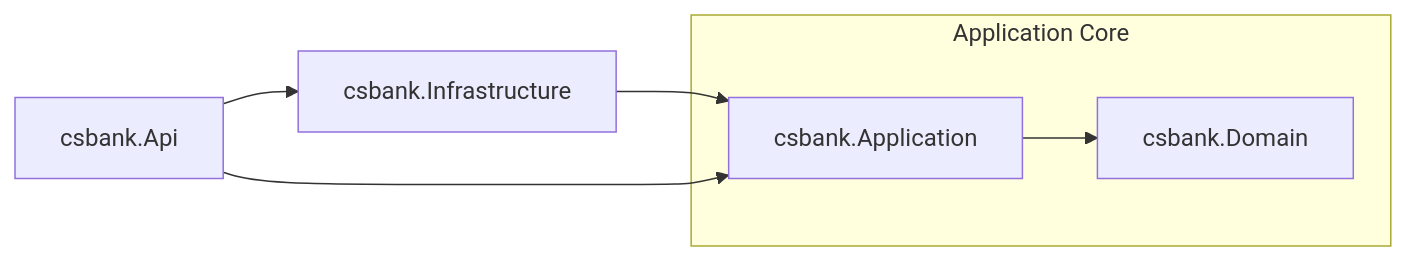
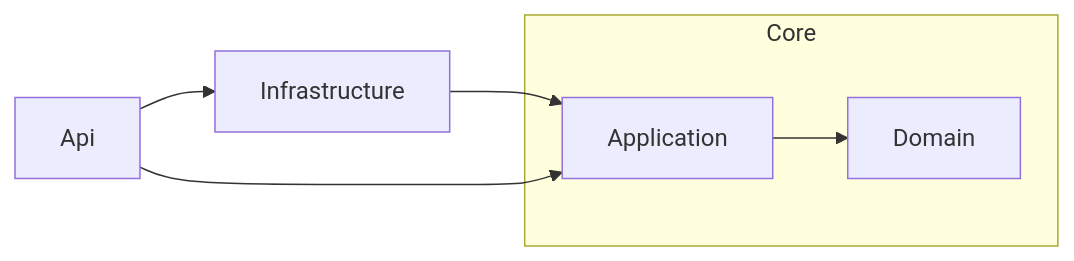
One commit to Jherson-Aguto/BankingSystem changed the diagram in README.md. Above: the diagram before and after it, drawn with Mermaid. The commit also changed other lines of this file, not shown here.

````diff
--- a/README.md
+++ b/README.md
@@ -20,11 +89,15 @@
 ```mermaid
 flowchart LR
-    subgraph Core [Application Core]
-        Domain["csbank.Domain"]
-        Application["csbank.Application"] --> Domain
-    end
 
-    Infrastructure["csbank.Infrastructure"] --> Application
-    Api["csbank.Api"] --> Application
-    Api --> Infrastructure
+subgraph Core
+
+Application --> Domain
+
+end
+
+Infrastructure --> Application
+
+Api --> Application
+
+Api --> Infrastructure
 ```
````
